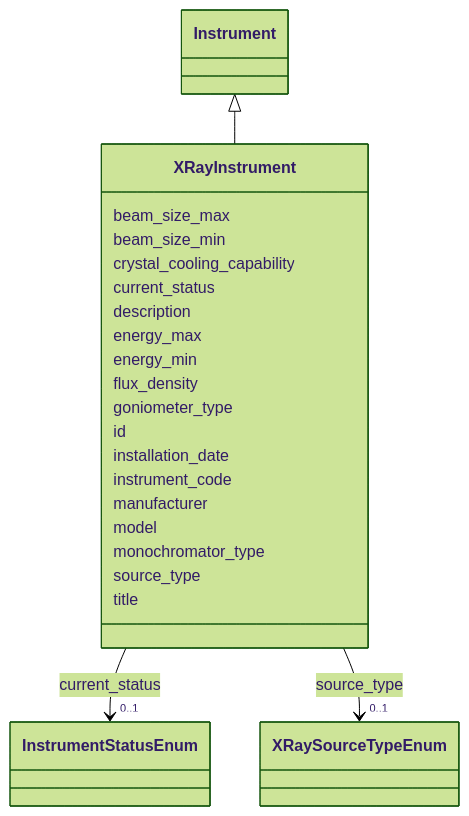
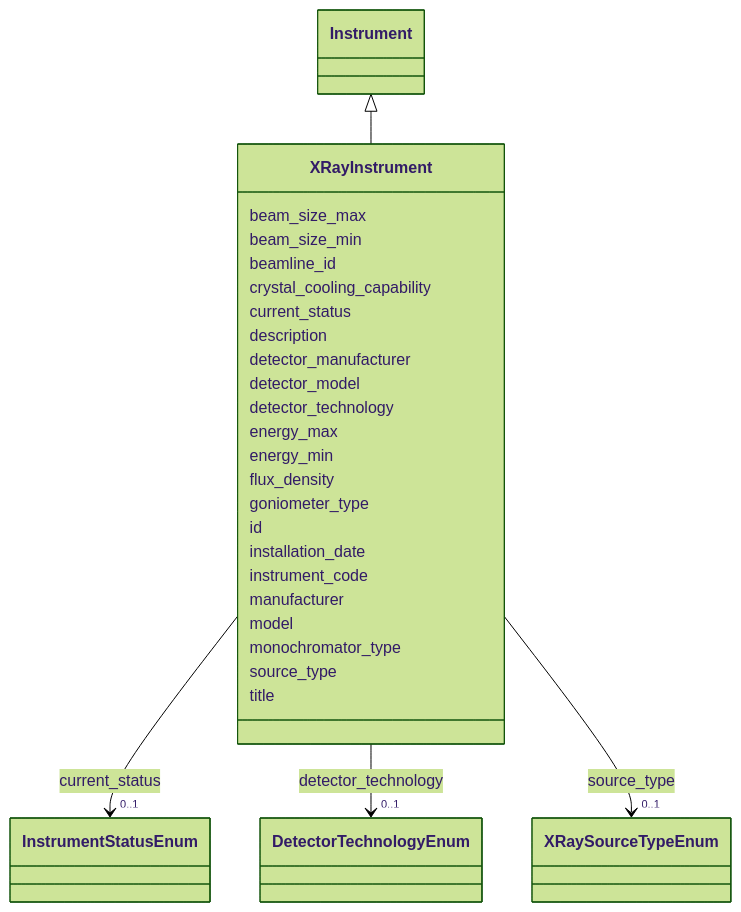
Before and after one commit to lambda-ber/lambda-ber-schema: the diagram in docs/XRayInstrument.md, drawn with Mermaid (forest theme). The commit also changed other lines of this file and 278 other files, not shown here.

````diff
--- a/docs/XRayInstrument.md
+++ b/docs/XRayInstrument.md
@@ -18,61 +18,78 @@
 ```mermaid
  classDiagram
     class XRayInstrument
     click XRayInstrument href "../XRayInstrument/"
       Instrument <|-- XRayInstrument
         click Instrument href "../Instrument/"
       
       XRayInstrument : beam_size_max
         
       XRayInstrument : beam_size_min
+        
+      XRayInstrument : beamline_id
         
       XRayInstrument : crystal_cooling_capability
         
       XRayInstrument : current_status
         
           
     
         
         
         XRayInstrument --> "0..1" InstrumentStatusEnum : current_status
         click InstrumentStatusEnum href "../InstrumentStatusEnum/"
     
 
         
       XRayInstrument : description
+        
+      XRayInstrument : detector_manufacturer
+        
+      XRayInstrument : detector_model
+        
+      XRayInstrument : detector_technology
+        
+          
+    
+        
+        
+        XRayInstrument --> "0..1" DetectorTechnologyEnum : detector_technology
+        click DetectorTechnologyEnum href "../DetectorTechnologyEnum/"
+    
+
         
       XRayInstrument : energy_max
         
       XRayInstrument : energy_min
         
       XRayInstrument : flux_density
         
       XRayInstrument : goniometer_type
         
       XRayInstrument : id
         
       XRayInstrument : installation_date
         
       XRayInstrument : instrument_code
         
       XRayInstrument : manufacturer
         
       XRayInstrument : model
         
       XRayInstrument : monochromator_type
         
       XRayInstrument : source_type
         
           
     
         
         
         XRayInstrument --> "0..1" XRaySourceTypeEnum : source_type
         click XRaySourceTypeEnum href "../XRaySourceTypeEnum/"
     
 
         
       XRayInstrument : title
         
       
 ```
````
